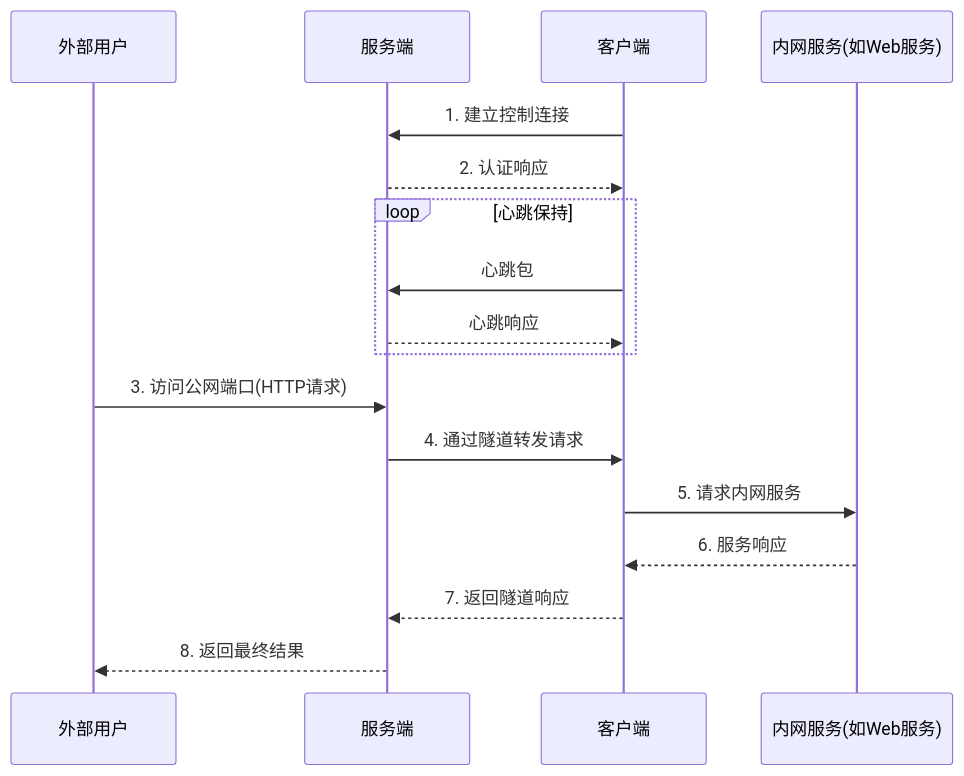
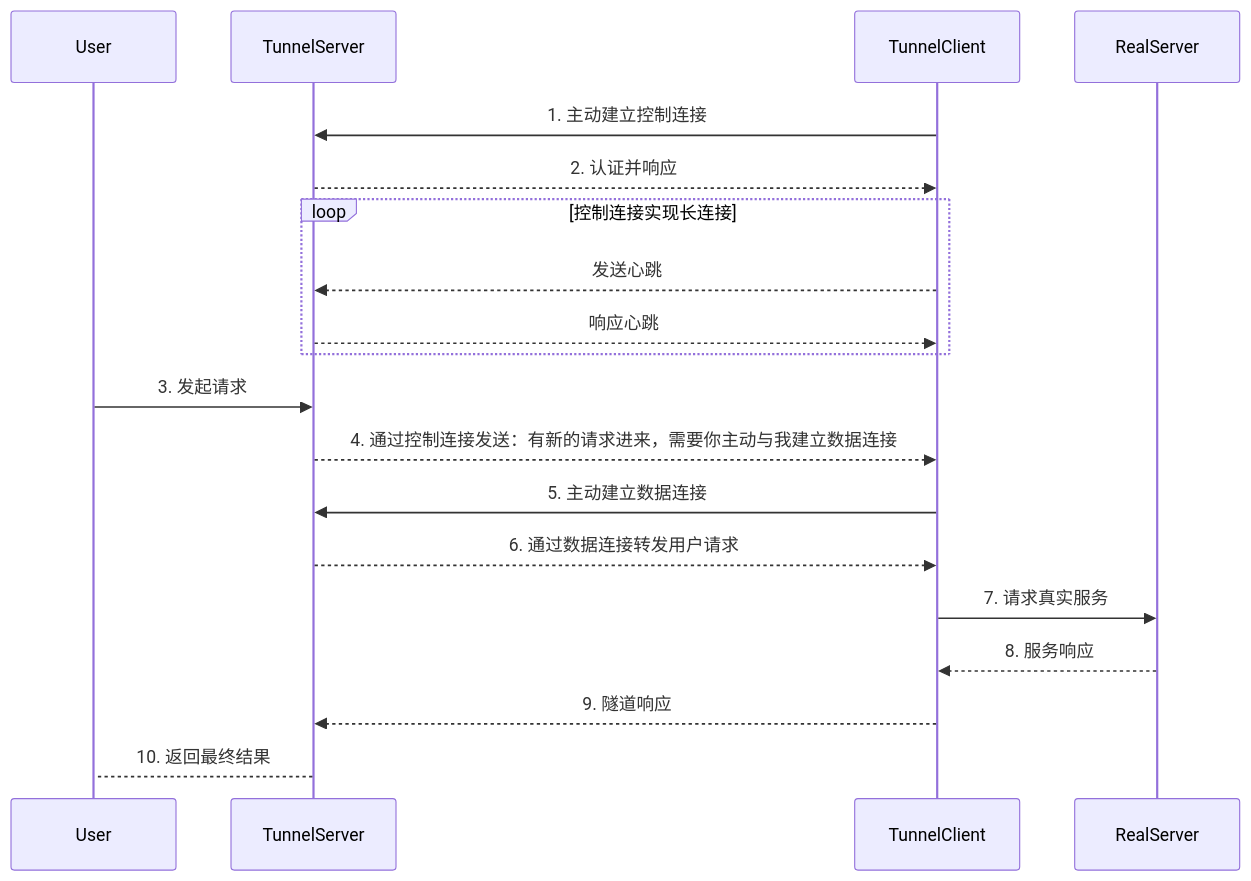
One commit to meethigher/tcp-reverse-proxy changed the diagram in README.md. Above: the diagram before and after it, drawn with Mermaid.

Commit message:
feat: 更改时序图

````diff
--- a/README.md
+++ b/README.md
@@ -41,21 +41,26 @@
 ```mermaid
 sequenceDiagram
-    participant 用户 as 外部用户
-    participant server as 服务端
-    participant client as 客户端
-    participant service as 内网服务(如Web服务)
-
-    client->>server: 1. 建立控制连接
-    server-->>client: 2. 认证响应
-    loop 心跳保持
-        client->>server: 心跳包
-        server-->>client: 心跳响应
+    participant user as User
+    participant ts as TunnelServer
+    participant tc as TunnelClient
+    participant rs as RealServer
+    
+    tc->>ts: 1. 主动建立控制连接
+    ts-->>tc: 2. 认证并响应
+    loop 控制连接实现长连接
+      tc-->>ts: 发送心跳
+      ts-->>tc:响应心跳
     end
     
-    用户->>server: 3. 访问公网端口(HTTP请求)
-    server->>client: 4. 通过隧道转发请求
-    client->>service: 5. 请求内网服务
-    service-->>client: 6. 服务响应
-    client-->>server: 7. 返回隧道响应
-    server-->>用户: 8. 返回最终结果
+    user->>ts: 3. 发起请求
+    ts-->>tc: 4. 通过控制连接发送：有新的请求进来，需要你主动与我建立数据连接
+    tc->>ts: 5. 主动建立数据连接
+    ts-->>tc: 6. 通过数据连接转发用户请求
+    tc->>rs: 7. 请求真实服务
+    rs-->>tc: 8. 服务响应
+    tc-->>ts: 9. 隧道响应
+    ts-->user: 10. 返回最终结果
+   
+    
+
 ```
````
